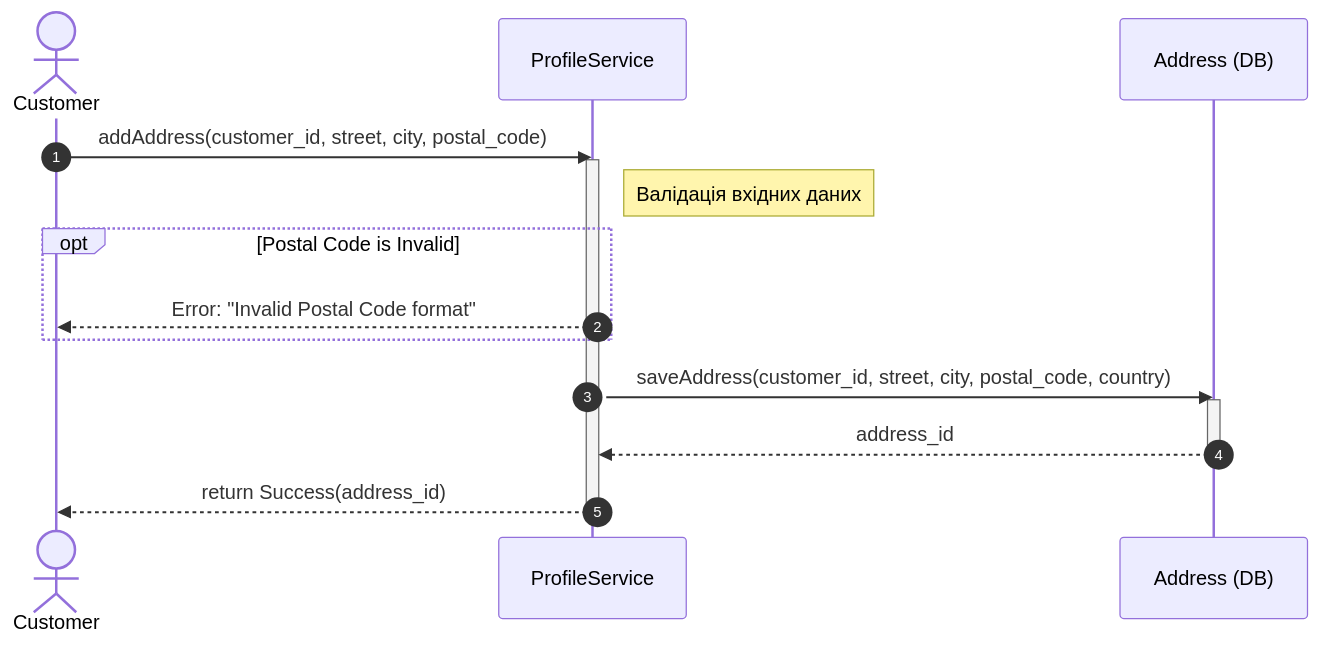
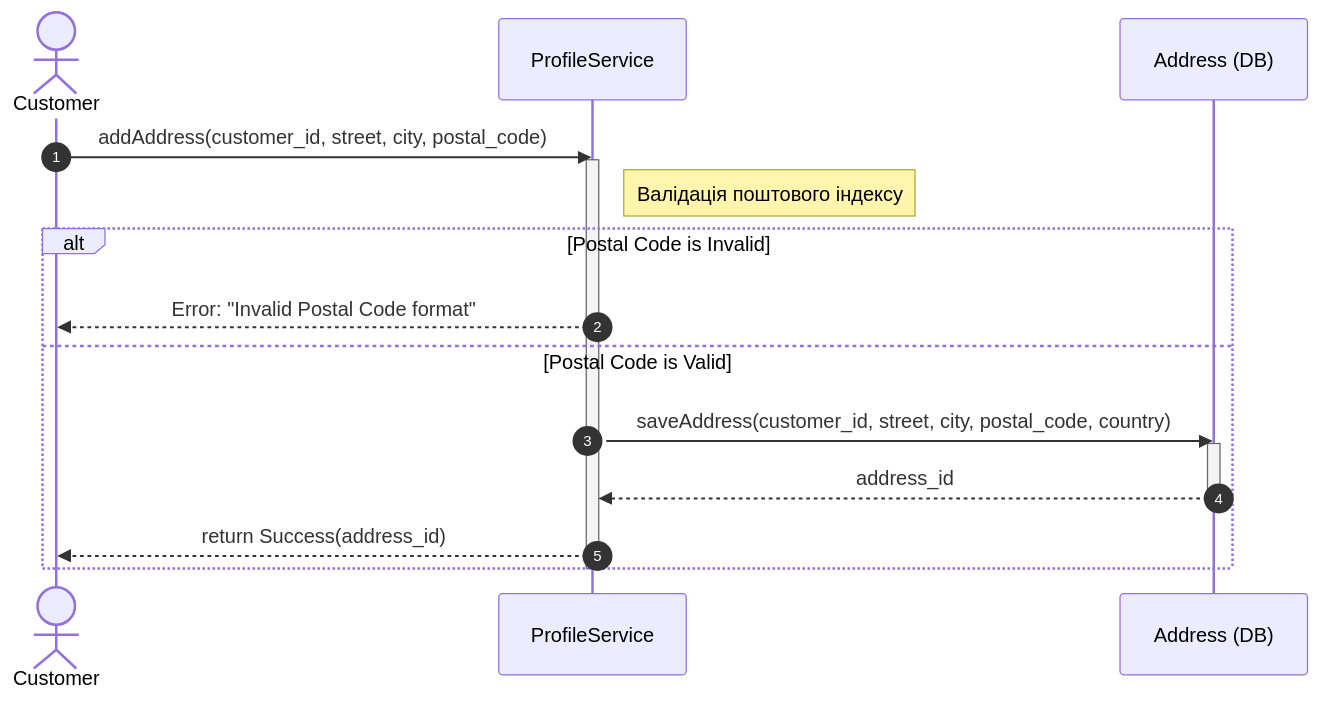
Before and after one commit to zolotonos/KPI-CompEng2-Labs: the diagram in Lab3/Add Delivery Address.mmd, drawn with Mermaid. The commit also changed 1 other file, not shown here.

Commit message:
Fix Add Delivery Address

```diff
--- a/Lab3/Add Delivery Address.mmd
+++ b/Lab3/Add Delivery Address.mmd
@@ -1,22 +1,22 @@
 sequenceDiagram
     autonumber
     actor C as Customer
     participant UI as ProfileService
     participant A_DB as Address (DB)
 
     C->>UI: addAddress(customer_id, street, city, postal_code)
     activate UI
 
-    Note right of UI: Валідація вхідних даних
+    Note right of UI: Валідація поштового індексу
 
-    opt Postal Code is Invalid
+    alt Postal Code is Invalid
         UI-->>C: Error: "Invalid Postal Code format"
+    else Postal Code is Valid
+        UI->>A_DB: saveAddress(customer_id, street, city, postal_code, country)
+        activate A_DB
+        A_DB-->>UI: address_id
+        deactivate A_DB
+
+        UI-->>C: return Success(address_id)
     end
-
-    UI->>A_DB: saveAddress(customer_id, street, city, postal_code, country)
-    activate A_DB
-    A_DB-->>UI: address_id
-    deactivate A_DB
-
-    UI-->>C: return Success(address_id)
     deactivate UI
```
